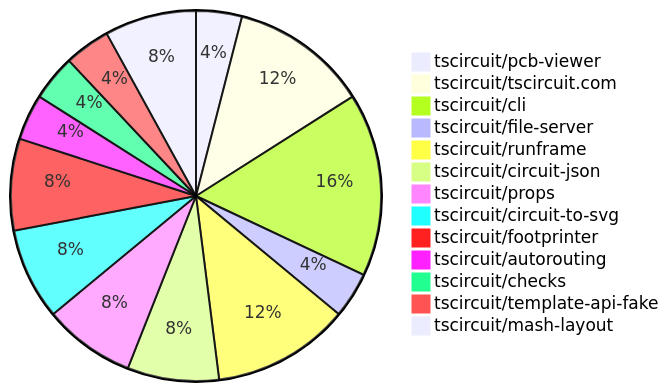
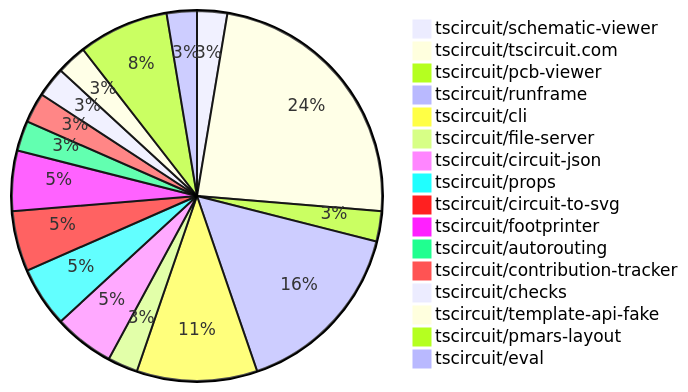
One commit to tscircuit/contribution-tracker changed the diagram in README.md. Above: the diagram before and after it, drawn with Mermaid. The commit also changed other lines of this file and 3 other files, not shown here.

````diff
--- a/README.md
+++ b/README.md
@@ -24,16 +24,19 @@
 ```mermaid
 pie
+    "tscircuit/schematic-viewer" : 1
+    "tscircuit/tscircuit.com" : 9
     "tscircuit/pcb-viewer" : 1
-    "tscircuit/tscircuit.com" : 3
+    "tscircuit/runframe" : 6
     "tscircuit/cli" : 4
     "tscircuit/file-server" : 1
-    "tscircuit/runframe" : 3
     "tscircuit/circuit-json" : 2
     "tscircuit/props" : 2
     "tscircuit/circuit-to-svg" : 2
     "tscircuit/footprinter" : 2
     "tscircuit/autorouting" : 1
+    "tscircuit/contribution-tracker" : 1
     "tscircuit/checks" : 1
     "tscircuit/template-api-fake" : 1
-    "tscircuit/mash-layout" : 2
+    "tscircuit/pmars-layout" : 3
+    "tscircuit/eval" : 1
 ```
````
